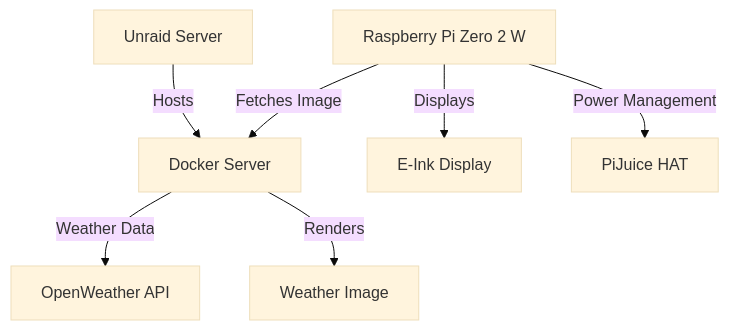
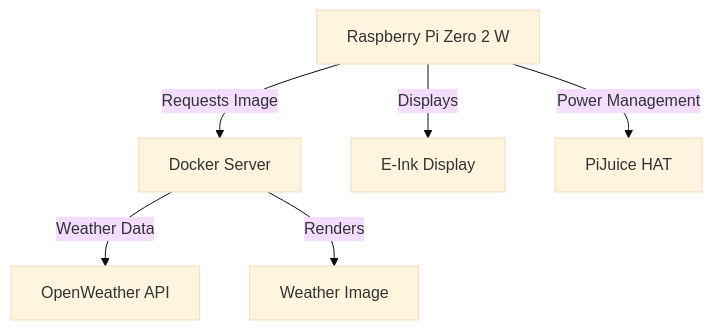
The diagram in README.md (sjnims/rpi_weather_display), drawn with Mermaid (base theme) before and after one commit. The commit also changed other lines of this file and 27 other files, not shown here.

````diff
--- a/README.md
+++ b/README.md
@@ -231,9 +56,8 @@
 ```mermaid
 graph TD
-    A[Raspberry Pi Zero 2 W] -->|Fetches Image| B[Docker Server]
+    A[Raspberry Pi Zero 2 W] -->|Requests Image| B[Docker Server]
     B -->|Weather Data| C[OpenWeather API]
     A -->|Displays| D[E-Ink Display]
     A -->|Power Management| E[PiJuice HAT]
     B -->|Renders| F[Weather Image]
-    G[Unraid Server] -->|Hosts| B
 ```
````
